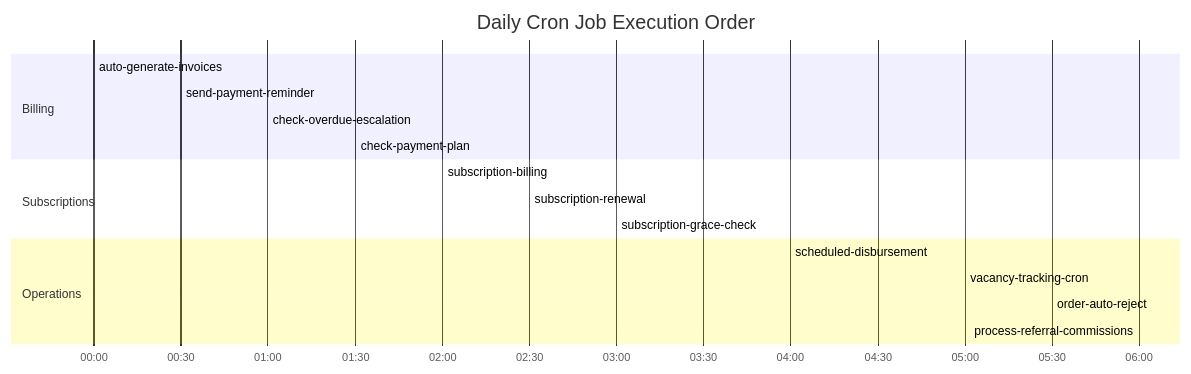
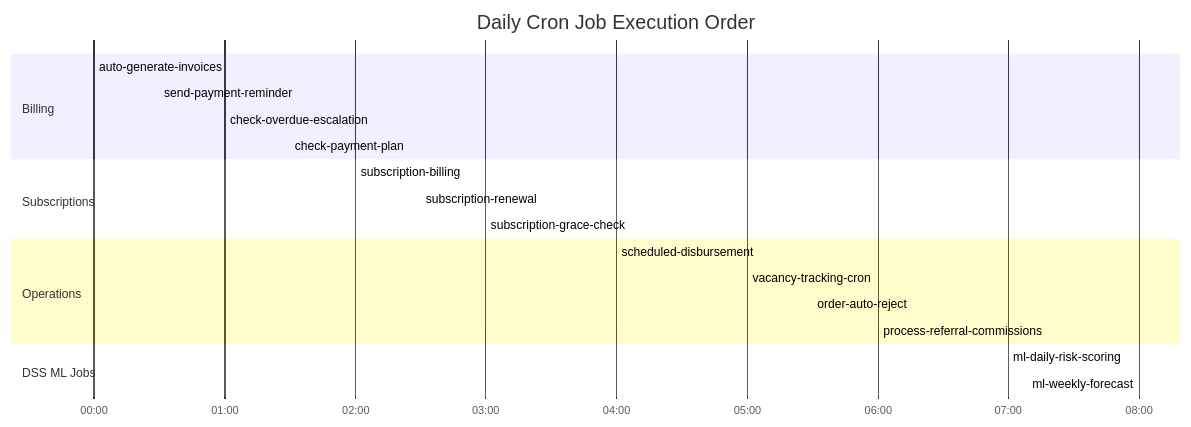
Before and after one commit to itsramaa/Sistem-Hunian: the ninth of 24 diagrams in docs/backend-architecture.md, drawn with Mermaid. The commit also changed other lines of this file and 1 other file, not shown here.

````diff
--- a/docs/backend-architecture.md
+++ b/docs/backend-architecture.md
@@ -702,23 +831,27 @@
 ```mermaid
 gantt
     title Daily Cron Job Execution Order
     dateFormat HH:mm
     axisFormat %H:%M
 
     section Billing
     auto-generate-invoices      :00:00, 30min
     send-payment-reminder       :00:30, 20min
     check-overdue-escalation    :01:00, 20min
     check-payment-plan          :01:30, 15min
 
     section Subscriptions
     subscription-billing        :02:00, 20min
     subscription-renewal        :02:30, 15min
     subscription-grace-check    :03:00, 15min
 
     section Operations
     scheduled-disbursement      :04:00, 30min
     vacancy-tracking-cron       :05:00, 20min
     order-auto-reject           :05:30, 15min
     process-referral-commissions:06:00, 15min
+
+    section DSS ML Jobs
+    ml-daily-risk-scoring       :07:00, 30min
+    ml-weekly-forecast          :08:00, 45min
 ```
````
